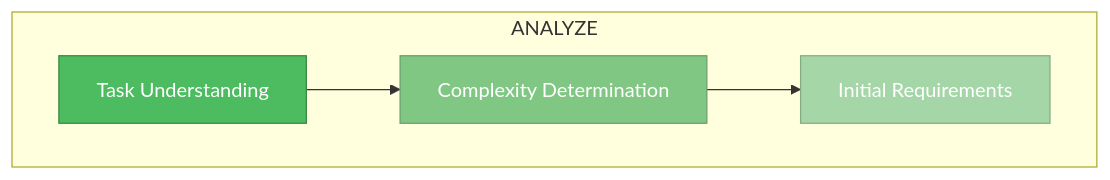
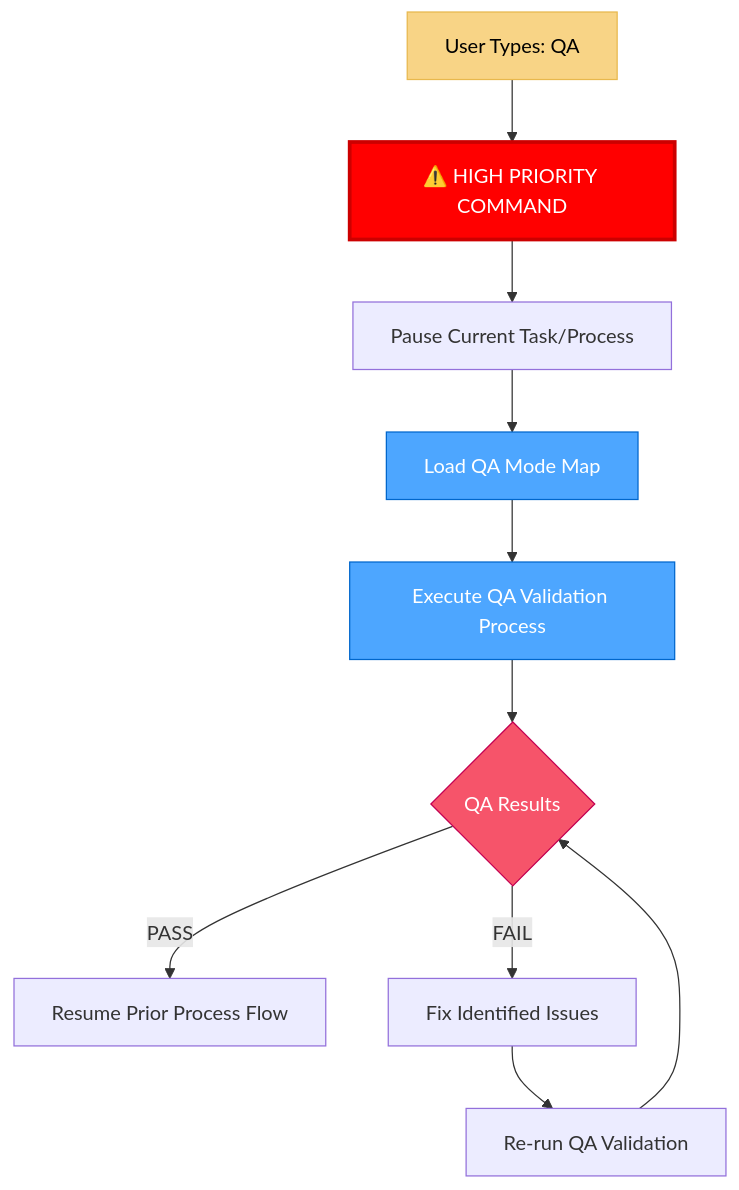
One commit to ubranch/shotgun changed the eighth of 13 diagrams in .cursor/rules/isolation_rules/visual-maps/van_mode_split/van-mode-map.mdc. Above: the diagram before and after it, drawn with Mermaid. The commit also changed other lines of this file and 81 other files, not shown here.

````diff
--- a/.cursor/rules/isolation_rules/visual-maps/van_mode_split/van-mode-map.mdc
+++ b/.cursor/rules/isolation_rules/visual-maps/van_mode_split/van-mode-map.mdc
@@ -47,15 +265,19 @@
 ```mermaid
 graph TD
-    subgraph "ANALYZE"
-        Task["Task Understanding"]
-        Complexity["Complexity Determination"]
-        Requirements["Initial Requirements"]
-    end
+    UserQA["User Types: QA"] --> HighPriority["⚠️ HIGH PRIORITY COMMAND"]
+    HighPriority --> CurrentTask["Pause Current Task/Process"]
+    CurrentTask --> LoadQA["Load QA Mode Map"]
+    LoadQA --> RunQA["Execute QA Validation Process"]
+    RunQA --> QAResults{"QA Results"}
     
-    Task --> Complexity
-    Complexity --> Requirements
+    QAResults -->|"PASS"| ResumeFlow["Resume Prior Process Flow"]
+    QAResults -->|"FAIL"| FixIssues["Fix Identified Issues"]
+    FixIssues --> ReRunQA["Re-run QA Validation"]
+    ReRunQA --> QAResults
     
-    style Task fill:#4dbb5f,stroke:#36873f,color:white
-    style Complexity fill:#81c784,stroke:#66a069,color:white
-    style Requirements fill:#a5d6a7,stroke:#84ab85,color:white
+    style UserQA fill:#f8d486,stroke:#e8b84d,color:black
+    style HighPriority fill:#ff0000,stroke:#cc0000,color:white,stroke-width:3px
+    style LoadQA fill:#4da6ff,stroke:#0066cc,color:white
+    style RunQA fill:#4da6ff,stroke:#0066cc,color:white
+    style QAResults fill:#f6546a,stroke:#c30052,color:white
 ```
````
